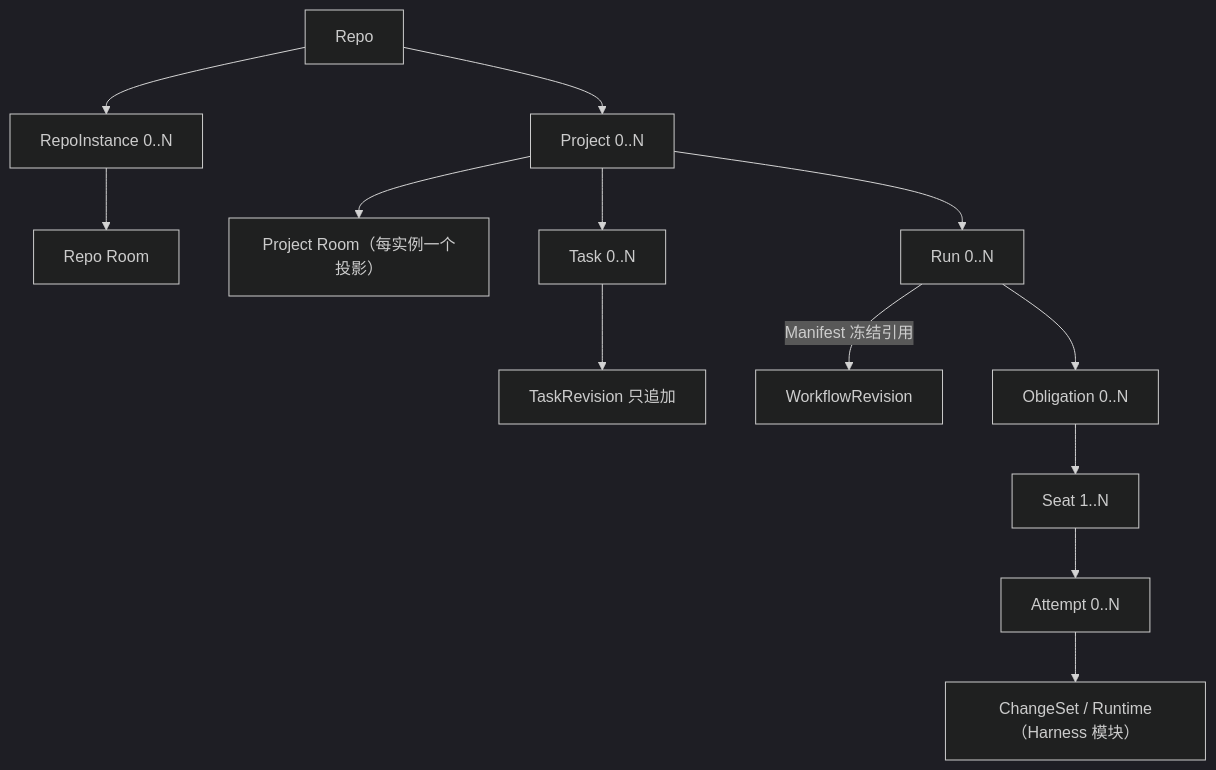
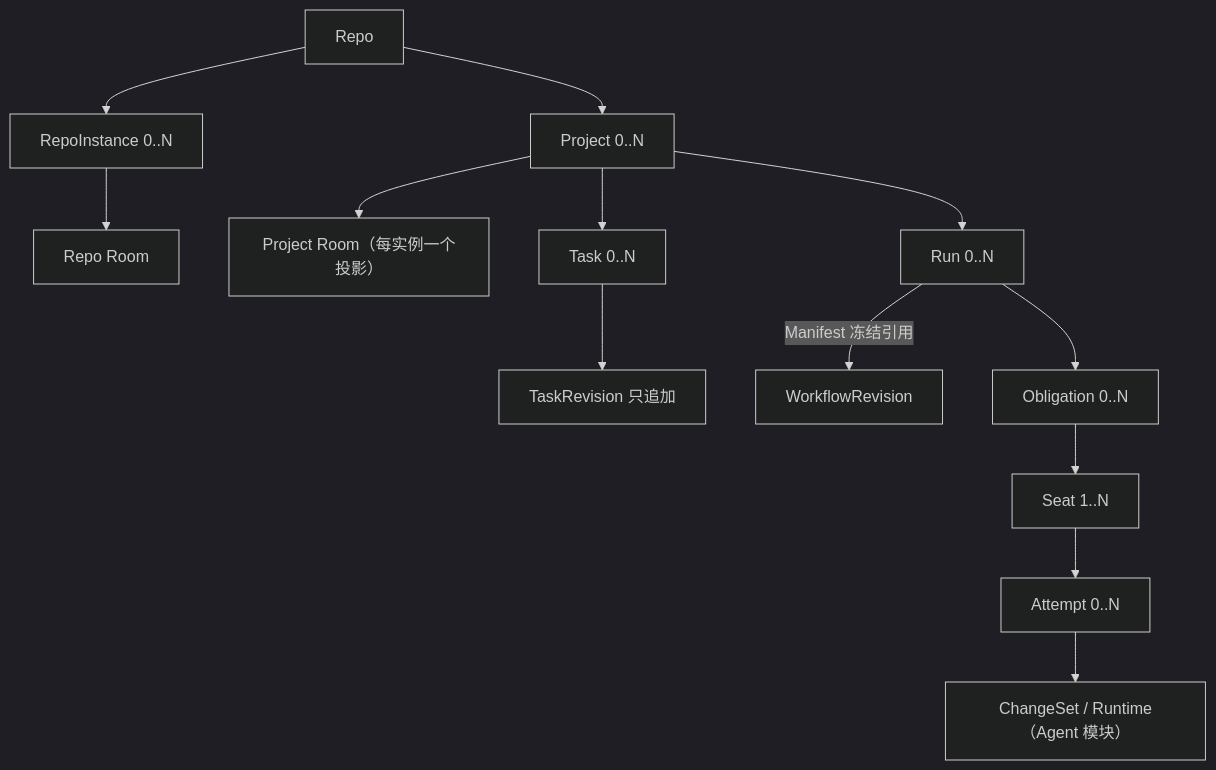
Before and after one commit to yesme/hctl2: the diagram in docs/design/README.md, drawn with Mermaid (dark theme). The commit also changed other lines of this file and 15 other files, not shown here.

Commit message:
docs: rename fourth module to Agent; Harness becomes the system role

````diff
--- a/docs/design/README.md
+++ b/docs/design/README.md
@@ -21,15 +21,15 @@
 ```mermaid
 flowchart TD
     R["Repo"] --> RI["RepoInstance 0..N"]
     RI --> RR["Repo Room"]
     R --> P["Project 0..N"]
     P --> PR["Project Room（每实例一个投影）"]
     P --> T["Task 0..N"]
     P --> RN["Run 0..N"]
     T --> TR["TaskRevision 只追加"]
     RN -->|Manifest 冻结引用| W["WorkflowRevision"]
     RN --> O["Obligation 0..N"]
     O --> S["Seat 1..N"]
     S --> A["Attempt 0..N"]
-    A --> CS["ChangeSet / Runtime（Harness 模块）"]
+    A --> CS["ChangeSet / Runtime（Agent 模块）"]
 ```
````
